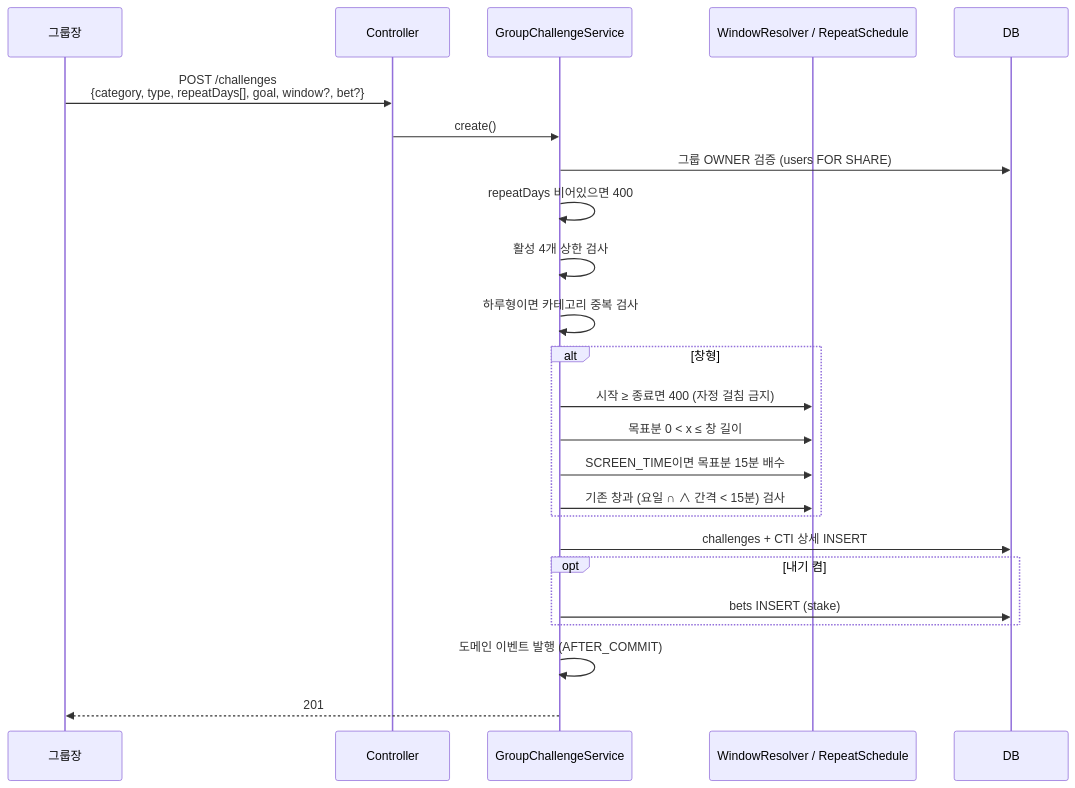
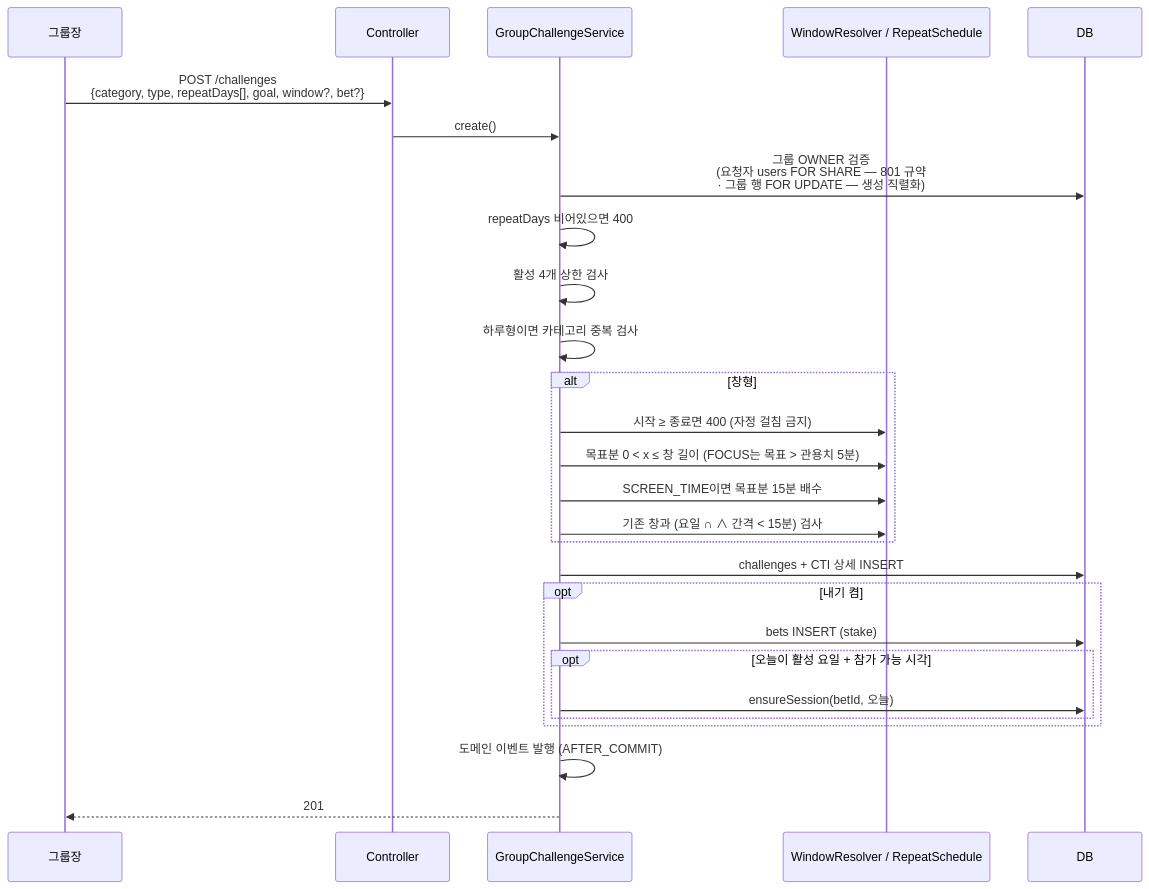
One commit to OneOrThree/phone changed the third of 13 diagrams in docs/prd/challenge/high-level-design.md. Above: the diagram before and after it, drawn with Mermaid. The commit also changed other lines of this file and 5 other files, not shown here.

````diff
--- a/docs/prd/challenge/high-level-design.md
+++ b/docs/prd/challenge/high-level-design.md
@@ -119,27 +119,30 @@
 ```mermaid
 sequenceDiagram
     participant U as 그룹장
     participant C as Controller
     participant S as GroupChallengeService
     participant D as WindowResolver / RepeatSchedule
     participant DB as DB
 
     U->>C: POST /challenges<br/>{category, type, repeatDays[], goal, window?, bet?}
     C->>S: create()
-    S->>DB: 그룹 OWNER 검증 (users FOR SHARE)
+    S->>DB: 그룹 OWNER 검증<br/>(요청자 users FOR SHARE — 801 규약<br/>· 그룹 행 FOR UPDATE — 생성 직렬화)
     S->>S: repeatDays 비어있으면 400
     S->>S: 활성 4개 상한 검사
     S->>S: 하루형이면 카테고리 중복 검사
     alt 창형
         S->>D: 시작 ≥ 종료면 400 (자정 걸침 금지)
-        S->>D: 목표분 0 < x ≤ 창 길이
+        S->>D: 목표분 0 < x ≤ 창 길이 (FOCUS는 목표 > 관용치 5분)
         S->>D: SCREEN_TIME이면 목표분 15분 배수
         S->>D: 기존 창과 (요일 ∩ ∧ 간격 < 15분) 검사
     end
     S->>DB: challenges + CTI 상세 INSERT
     opt 내기 켬
         S->>DB: bets INSERT (stake)
+        opt 오늘이 활성 요일 + 참가 가능 시각
+            S->>DB: ensureSession(betId, 오늘)
+        end
     end
     S->>S: 도메인 이벤트 발행 (AFTER_COMMIT)
     S-->>U: 201
 ```
````
